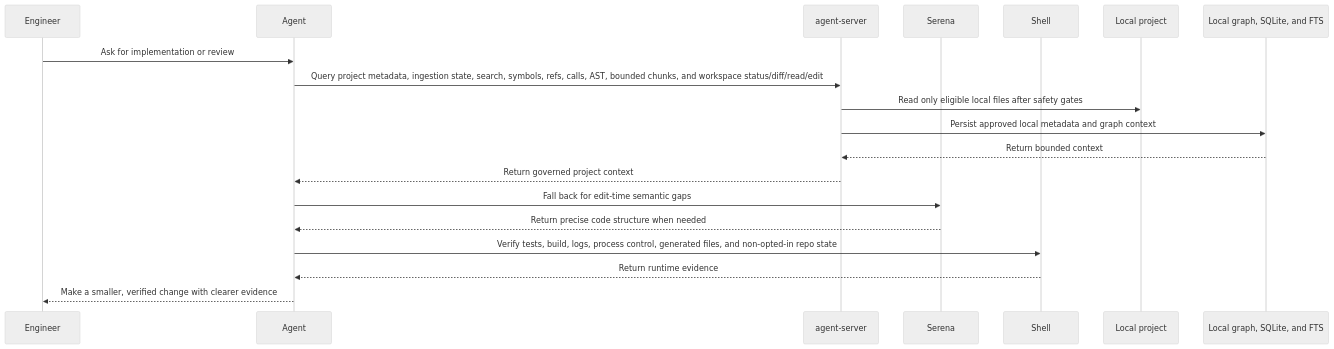
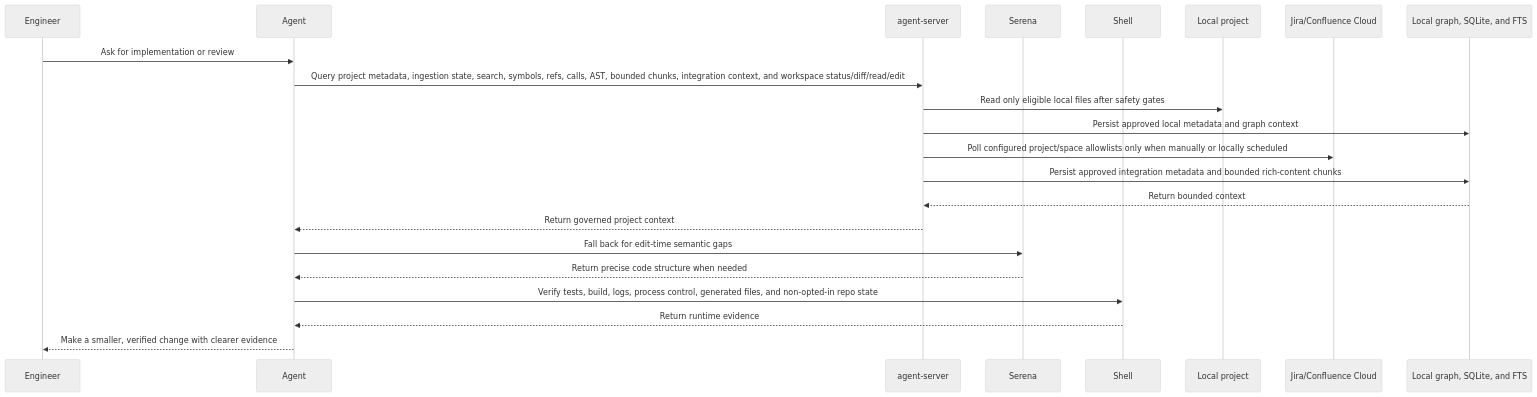
Before and after one commit to MiviaLabs/go-mivia: the fourth of 4 diagrams in README.md, drawn with Mermaid (neutral theme). The commit also changed other lines of this file and 8 other files, not shown here.

````diff
--- a/README.md
+++ b/README.md
@@ -185,22 +210,25 @@
 ```mermaid
 sequenceDiagram
   participant Engineer
   participant Agent
   participant Server as agent-server
   participant Serena
   participant Shell
   participant Project as Local project
+  participant Atlassian as Jira/Confluence Cloud
   participant Store as Local graph, SQLite, and FTS
 
   Engineer->>Agent: Ask for implementation or review
-  Agent->>Server: Query project metadata, ingestion state, search, symbols, refs, calls, AST, bounded chunks, and workspace status/diff/read/edit
+  Agent->>Server: Query project metadata, ingestion state, search, symbols, refs, calls, AST, bounded chunks, integration context, and workspace status/diff/read/edit
   Server->>Project: Read only eligible local files after safety gates
   Server->>Store: Persist approved local metadata and graph context
+  Server->>Atlassian: Poll configured project/space allowlists only when manually or locally scheduled
+  Server->>Store: Persist approved integration metadata and bounded rich-content chunks
   Store-->>Server: Return bounded context
   Server-->>Agent: Return governed project context
   Agent->>Serena: Fall back for edit-time semantic gaps
   Serena-->>Agent: Return precise code structure when needed
   Agent->>Shell: Verify tests, build, logs, process control, generated files, and non-opted-in repo state
   Shell-->>Agent: Return runtime evidence
   Agent-->>Engineer: Make a smaller, verified change with clearer evidence
 ```
````
